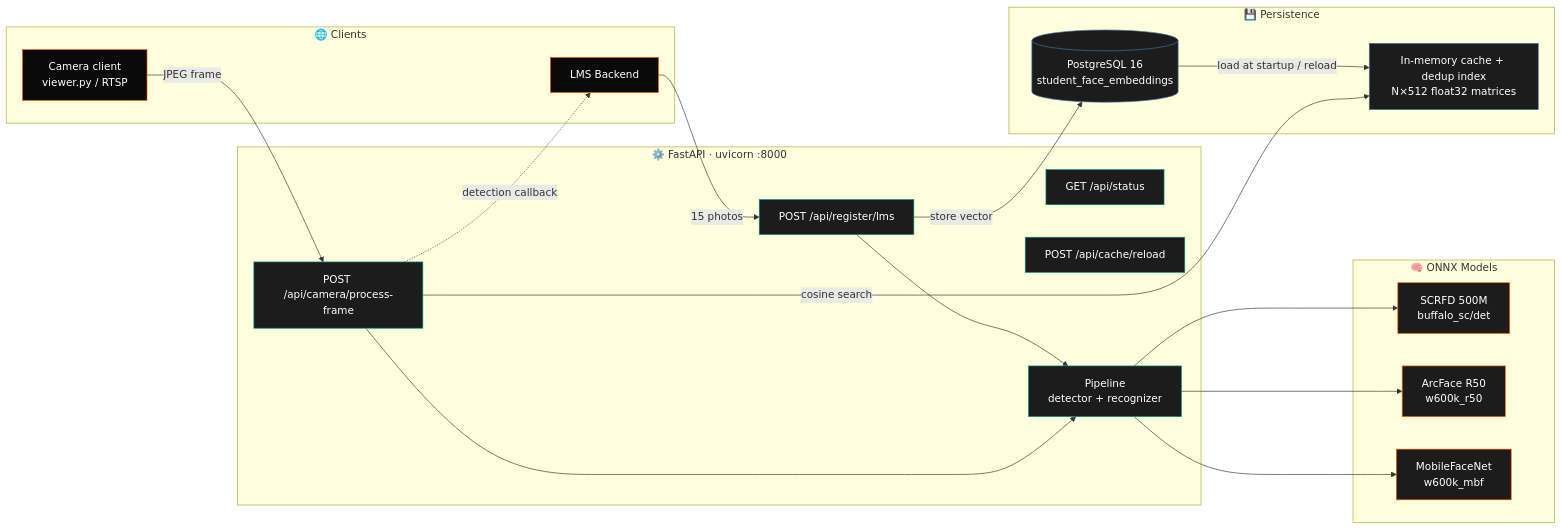
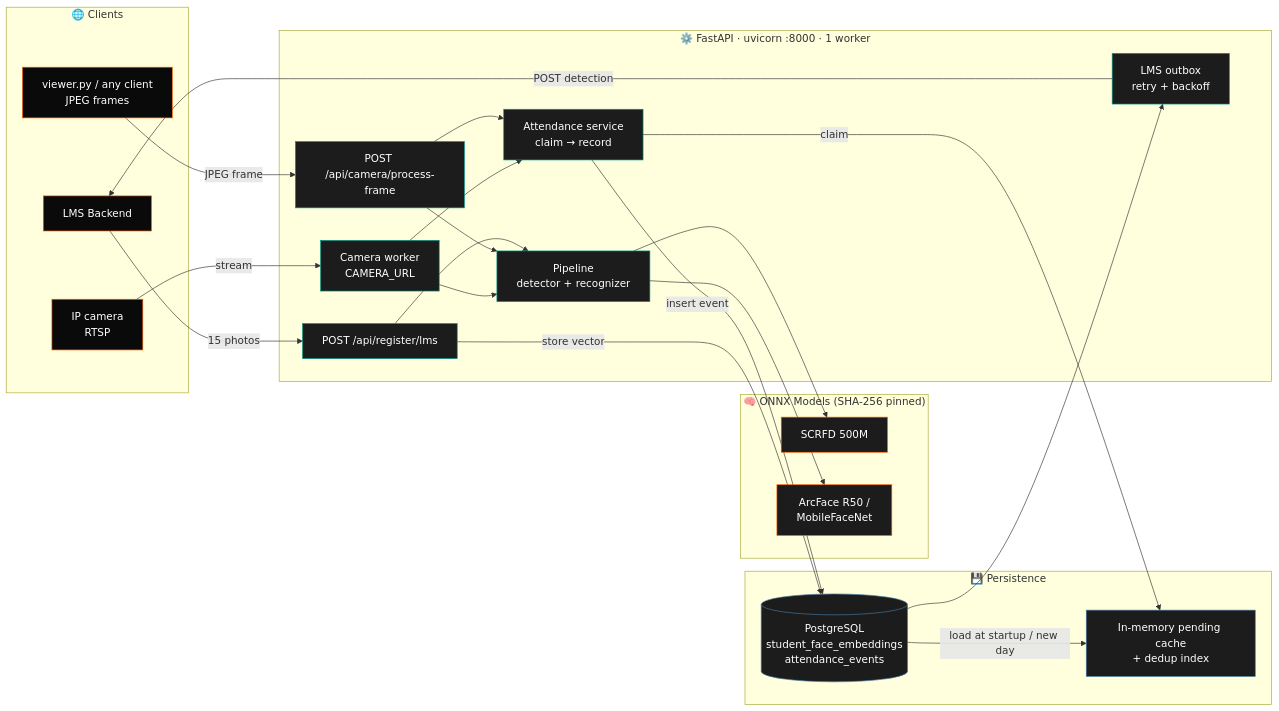
The first of 4 diagrams in README.md (AI-SATA-Technologies/AI-Pipeline-Engineer), drawn with Mermaid before and after one commit. The commit also changed other lines of this file and 34 other files, not shown here.

````diff
--- a/README.md
+++ b/README.md
@@ -89,47 +102,53 @@
 ```mermaid
 flowchart LR
     subgraph CLIENTS["🌐  Clients"]
         LMS_C[LMS Backend]
-        CAM[Camera client<br/>viewer.py / RTSP]
+        RTSP[IP camera<br/>RTSP]
+        CAM[viewer.py / any client<br/>JPEG frames]
     end
 
-    subgraph SERVER["⚙️  FastAPI · uvicorn :8000"]
+    subgraph SERVER["⚙️  FastAPI · uvicorn :8000 · 1 worker"]
         REG[POST /api/register/lms]
         FRAME[POST /api/camera/process-frame]
-        STAT[GET /api/status]
-        RELOAD[POST /api/cache/reload]
+        WORKER[Camera worker<br/>CAMERA_URL]
+        SVC[Attendance service<br/>claim → record]
+        OUTBOX[LMS outbox<br/>retry + backoff]
         PIPE[Pipeline<br/>detector + recognizer]
     end
 
-    subgraph MODELS["🧠  ONNX Models"]
-        DET[SCRFD 500M<br/>buffalo_sc/det]
-        REC_H[ArcFace R50<br/>w600k_r50]
-        REC_L[MobileFaceNet<br/>w600k_mbf]
+    subgraph MODELS["🧠  ONNX Models (SHA-256 pinned)"]
+        DET[SCRFD 500M]
+        REC[ArcFace R50 /<br/>MobileFaceNet]
     end
 
     subgraph STORE["💾  Persistence"]
-        PG[(PostgreSQL 16<br/>student_face_embeddings)]
-        CACHE[In-memory cache + dedup index<br/>N×512 float32 matrices]
+        PG[(PostgreSQL<br/>student_face_embeddings<br/>attendance_events)]
+        CACHE[In-memory pending cache<br/>+ dedup index]
     end
 
     LMS_C -->|15 photos| REG
-    CAM   -->|JPEG frame| FRAME
+    CAM -->|JPEG frame| FRAME
+    RTSP -->|stream| WORKER
     REG --> PIPE
     FRAME --> PIPE
+    WORKER --> PIPE
     PIPE --> DET
-    PIPE --> REC_H
-    PIPE --> REC_L
+    PIPE --> REC
+    FRAME --> SVC
+    WORKER --> SVC
+    SVC -->|claim| CACHE
+    SVC -->|insert event| PG
     REG -->|store vector| PG
-    PG -->|load at startup / reload| CACHE
-    FRAME -->|cosine search| CACHE
-    FRAME -.->|detection callback| LMS_C
+    PG -->|load at startup / new day| CACHE
+    PG --> OUTBOX
+    OUTBOX -->|POST detection| LMS_C
 
     classDef client fill:#0a0a0a,stroke:#ff5c00,color:#fff
     classDef server fill:#1c1c1c,stroke:#009688,color:#fff
     classDef model  fill:#1c1c1c,stroke:#ff5c00,color:#fff
     classDef store  fill:#1c1c1c,stroke:#4479a1,color:#fff
-    class LMS_C,CAM client
-    class REG,FRAME,STAT,RELOAD,PIPE server
-    class DET,REC_H,REC_L model
+    class LMS_C,RTSP,CAM client
+    class REG,FRAME,WORKER,SVC,OUTBOX,PIPE server
+    class DET,REC model
     class PG,CACHE store
 ```
````
